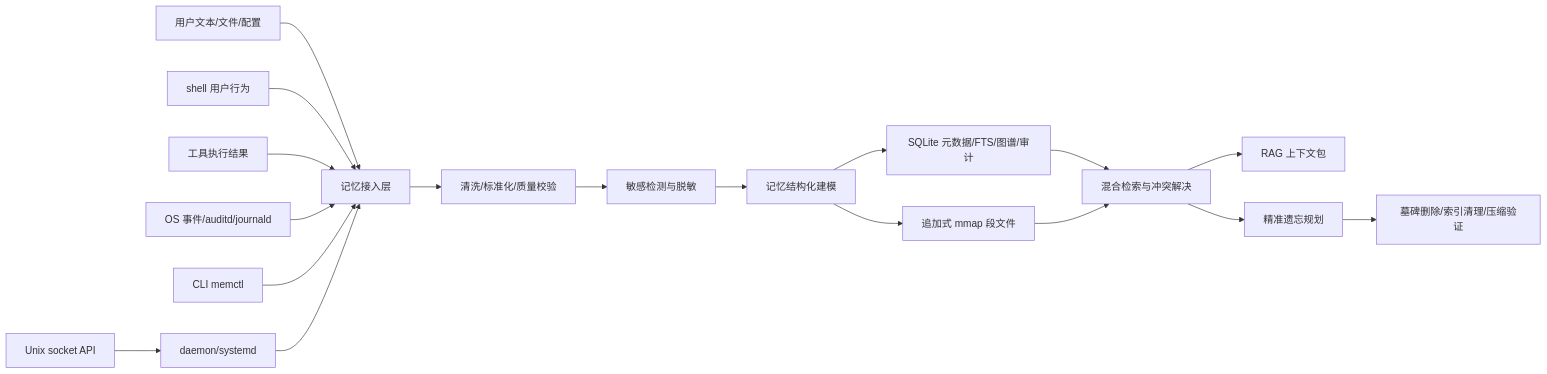
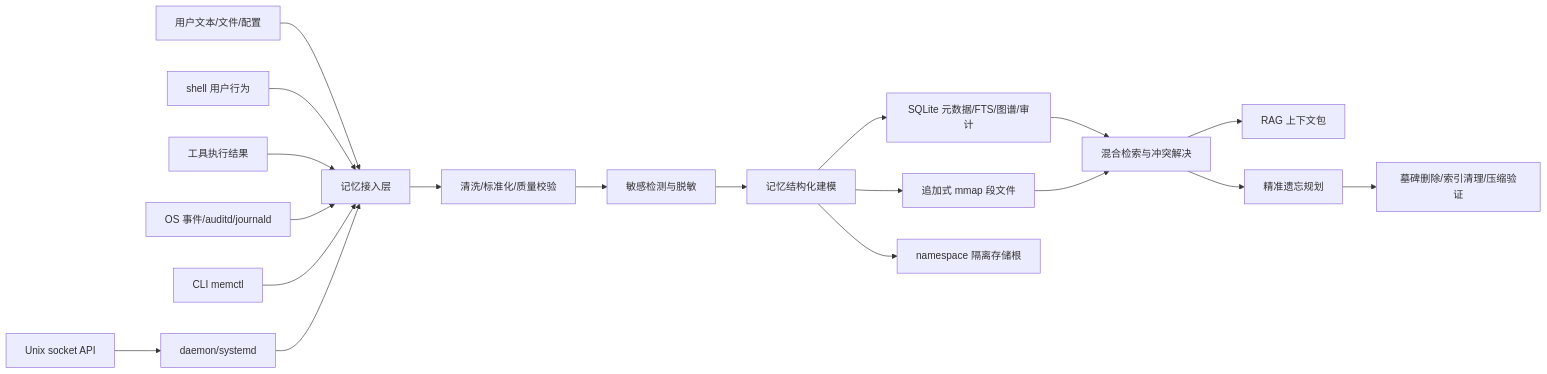
One commit to Alexd-star/memguardos changed the diagram in docs/项目介绍总览.md. Above: the diagram before and after it, drawn with Mermaid. The commit also changed other lines of this file and 63 other files, not shown here.

````diff
--- a/docs/项目介绍总览.md
+++ b/docs/项目介绍总览.md
@@ -41,20 +42,21 @@
 ```mermaid
 flowchart LR
     A["用户文本/文件/配置"] --> B["记忆接入层"]
     P["shell 用户行为"] --> B
     C["工具执行结果"] --> B
     D["OS 事件/auditd/journald"] --> B
     B --> Q["清洗/标准化/质量校验"]
     Q --> E["敏感检测与脱敏"]
     E --> F["记忆结构化建模"]
     F --> G["追加式 mmap 段文件"]
     F --> H["SQLite 元数据/FTS/图谱/审计"]
+    F --> S["namespace 隔离存储根"]
     H --> I["混合检索与冲突解决"]
     G --> I
     I --> J["RAG 上下文包"]
     I --> K["精准遗忘规划"]
     K --> L["墓碑删除/索引清理/压缩验证"]
     M["CLI memctl"] --> B
     N["daemon/systemd"] --> B
     O["Unix socket API"] --> N
 ```
````
